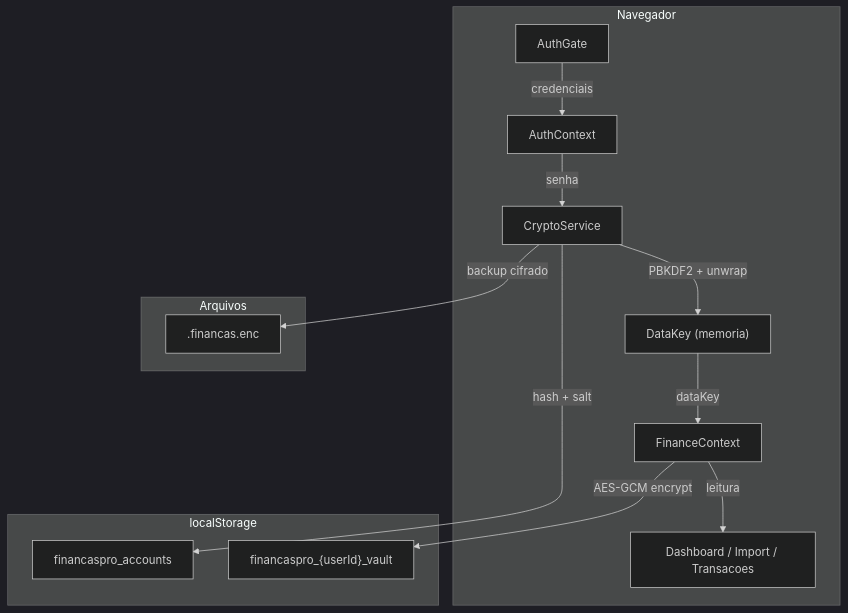
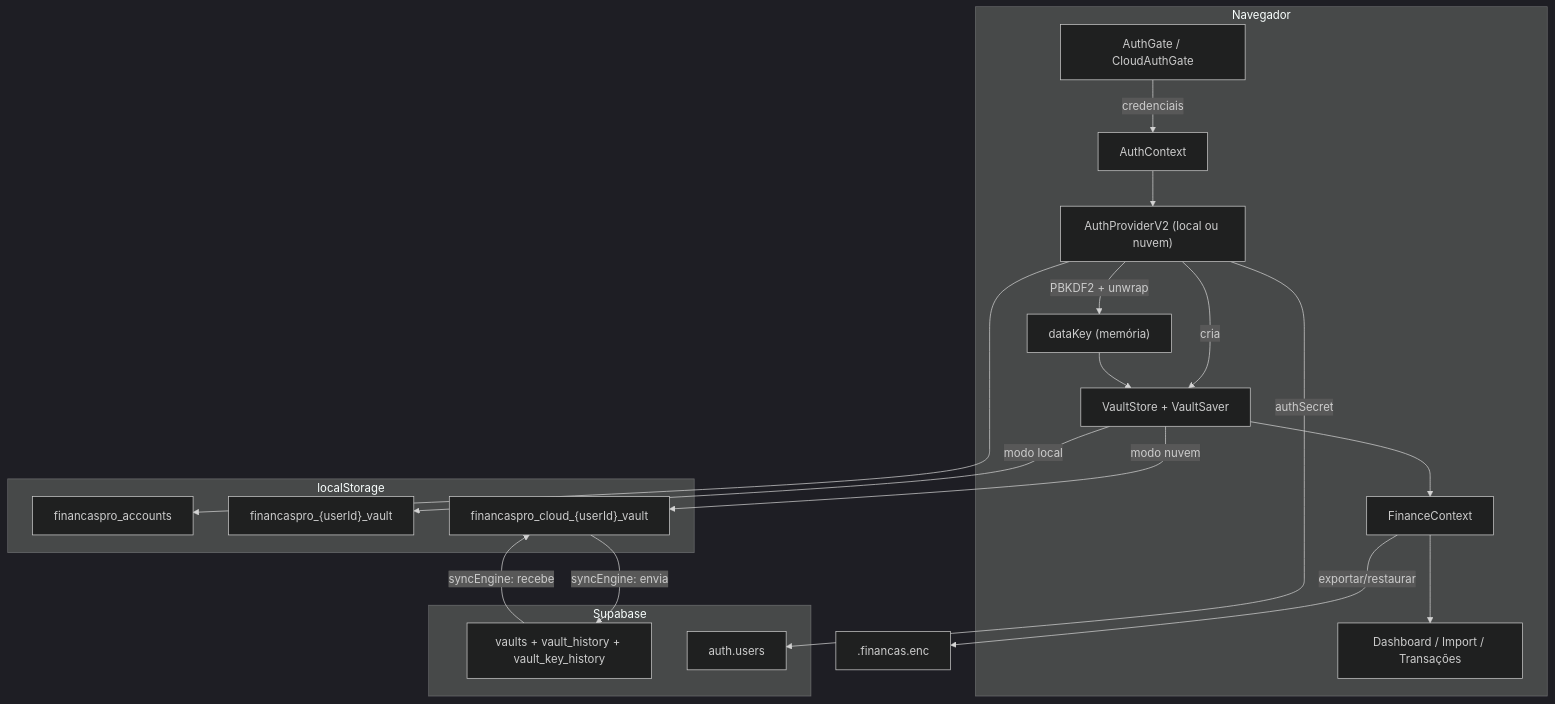
The first of 3 diagrams in docs/ARCHITECTURE.md (Kauaioliveira/financas-pro), drawn with Mermaid (dark theme) before and after one commit. The commit also changed other lines of this file and 7 other files, not shown here.

````diff
--- a/docs/ARCHITECTURE.md
+++ b/docs/ARCHITECTURE.md
@@ -9,27 +18,37 @@
 ```mermaid
 flowchart TB
   subgraph browser [Navegador]
-    AuthGate[AuthGate]
+    Gate["AuthGate / CloudAuthGate"]
     AuthCtx[AuthContext]
-    CryptoMod[CryptoService]
+    Provider["AuthProviderV2 (local ou nuvem)"]
+    Store["VaultStore + VaultSaver"]
     FinCtx[FinanceContext]
-    UI[Dashboard / Import / Transacoes]
-    MemKey["DataKey (memoria)"]
+    UI["Dashboard / Import / Transações"]
+    MemKey["dataKey (memória)"]
   end
-  subgraph storage [localStorage]
+  subgraph local [localStorage]
     Accounts[financaspro_accounts]
     Vault["financaspro_{userId}_vault"]
+    Cache["financaspro_cloud_{userId}_vault"]
   end
-  subgraph files [Arquivos]
-    Backup[".financas.enc"]
+  subgraph cloud [Supabase]
+    Vaults["vaults + vault_history + vault_key_history"]
+    Auth["auth.users"]
   end
+  Backup[".financas.enc"]
 
-  AuthGate -->|credenciais| AuthCtx
-  AuthCtx -->|senha| CryptoMod
-  CryptoMod -->|PBKDF2 + unwrap| MemKey
-  MemKey -->|dataKey| FinCtx
-  FinCtx -->|AES-GCM encrypt| Vault
-  FinCtx -->|leitura| UI
-  CryptoMod -->|hash + salt| Accounts
-  CryptoMod -->|backup cifrado| Backup
+  Gate -->|credenciais| AuthCtx
+  AuthCtx --> Provider
+  Provider -->|PBKDF2 + unwrap| MemKey
+  Provider -->|cria| Store
+  MemKey --> Store
+  Store --> FinCtx
+  FinCtx --> UI
+  Store -->|modo local| Vault
+  Store -->|modo nuvem| Cache
+  Cache -->|syncEngine: envia| Vaults
+  Vaults -->|syncEngine: recebe| Cache
+  Provider --> Accounts
+  Provider -->|authSecret| Auth
+  FinCtx -->|exportar/restaurar| Backup
 ```
````
